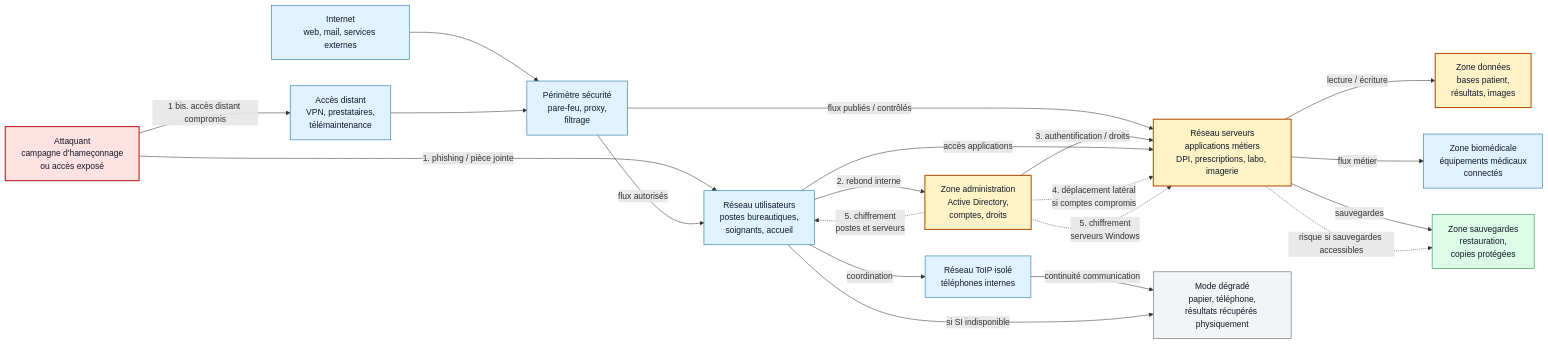
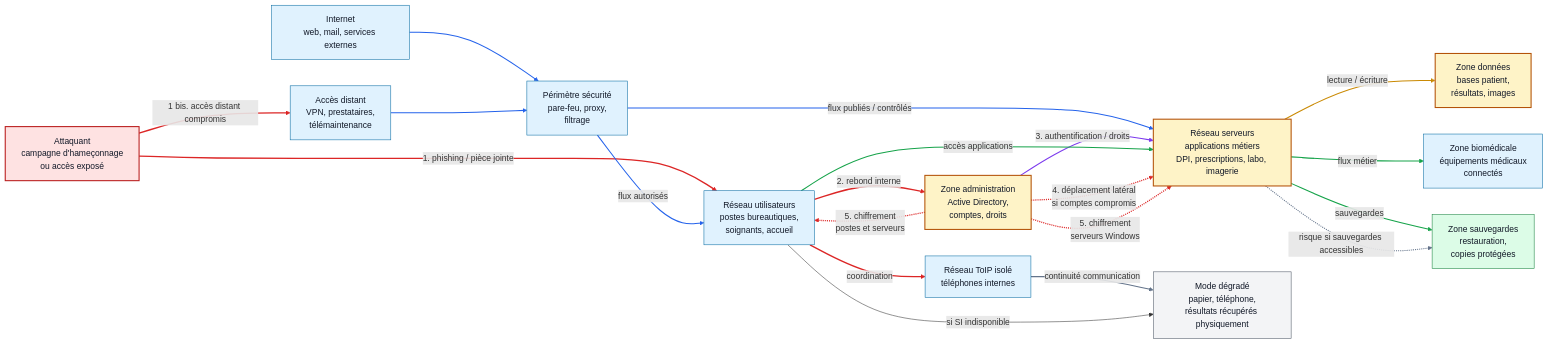
Before and after one commit to chabad26/memo-ais: the diagram in docs/systeme-info-si/diagramme-reseau-si.md, drawn with Mermaid. The commit also changed other lines of this file and 6 other files, not shown here.

````diff
--- a/docs/systeme-info-si/diagramme-reseau-si.md
+++ b/docs/systeme-info-si/diagramme-reseau-si.md
@@ -35,51 +35,59 @@
 ```mermaid
 flowchart LR
     ATT["Attaquant<br/>campagne d'hameçonnage<br/>ou accès exposé"]
     INTERNET["Internet<br/>web, mail, services externes"]
     REMOTE["Accès distant<br/>VPN, prestataires,<br/>télémaintenance"]
     PERIM["Périmètre sécurité<br/>pare-feu, proxy,<br/>filtrage"]
 
     USERS["Réseau utilisateurs<br/>postes bureautiques,<br/>soignants, accueil"]
     SERVERS["Réseau serveurs<br/>applications métiers<br/>DPI, prescriptions, labo, imagerie"]
     DATA["Zone données<br/>bases patient,<br/>résultats, images"]
     ADMIN["Zone administration<br/>Active Directory,<br/>comptes, droits"]
     BACKUP["Zone sauvegardes<br/>restauration,<br/>copies protégées"]
     BIOMED["Zone biomédicale<br/>équipements médicaux<br/>connectés"]
     TOIP["Réseau ToIP isolé<br/>téléphones internes"]
     CRISIS["Mode dégradé<br/>papier, téléphone,<br/>résultats récupérés physiquement"]
 
     ATT -->|"1. phishing / pièce jointe"| USERS
     ATT -->|"1 bis. accès distant compromis"| REMOTE
     INTERNET --> PERIM
     REMOTE --> PERIM
     PERIM -->|"flux autorisés"| USERS
     PERIM -->|"flux publiés / contrôlés"| SERVERS
 
     USERS -->|"2. rebond interne"| ADMIN
     ADMIN -->|"3. authentification / droits"| SERVERS
     USERS -->|"accès applications"| SERVERS
     SERVERS -->|"lecture / écriture"| DATA
     SERVERS -->|"flux métier"| BIOMED
     SERVERS -->|"sauvegardes"| BACKUP
     USERS -->|"coordination"| TOIP
 
     ADMIN -. "4. déplacement latéral<br/>si comptes compromis" .-> SERVERS
     ADMIN -. "5. chiffrement<br/>postes et serveurs" .-> USERS
     ADMIN -. "5. chiffrement<br/>serveurs Windows" .-> SERVERS
     SERVERS -. "risque si sauvegardes accessibles" .-> BACKUP
 
     TOIP -->|"continuité communication"| CRISIS
     USERS -->|"si SI indisponible"| CRISIS
 
     classDef entry fill:#fee2e2,stroke:#b91c1c,stroke-width:2px,color:#111827;
     classDef network fill:#e0f2fe,stroke:#0369a1,stroke-width:1px,color:#111827;
     classDef critical fill:#fef3c7,stroke:#b45309,stroke-width:2px,color:#111827;
     classDef safety fill:#dcfce7,stroke:#15803d,stroke-width:1px,color:#111827;
     classDef crisis fill:#f3f4f6,stroke:#4b5563,stroke-width:1px,color:#111827;
 
     class ATT entry;
     class INTERNET,REMOTE,PERIM,USERS,BIOMED,TOIP network;
     class SERVERS,DATA,ADMIN critical;
     class BACKUP safety;
     class CRISIS crisis;
+
+    linkStyle 0,1,12,13,14 stroke:#dc2626,stroke-width:2.5px;
+    linkStyle 2,3,4,5 stroke:#2563eb,stroke-width:2px;
+    linkStyle 6,15 stroke:#dc2626,stroke-width:2.5px;
+    linkStyle 7 stroke:#7c3aed,stroke-width:2px;
+    linkStyle 8,10,11 stroke:#16a34a,stroke-width:2px;
+    linkStyle 9 stroke:#ca8a04,stroke-width:2px;
+    linkStyle 16,17 stroke:#64748b,stroke-width:2px;
 ```
````
